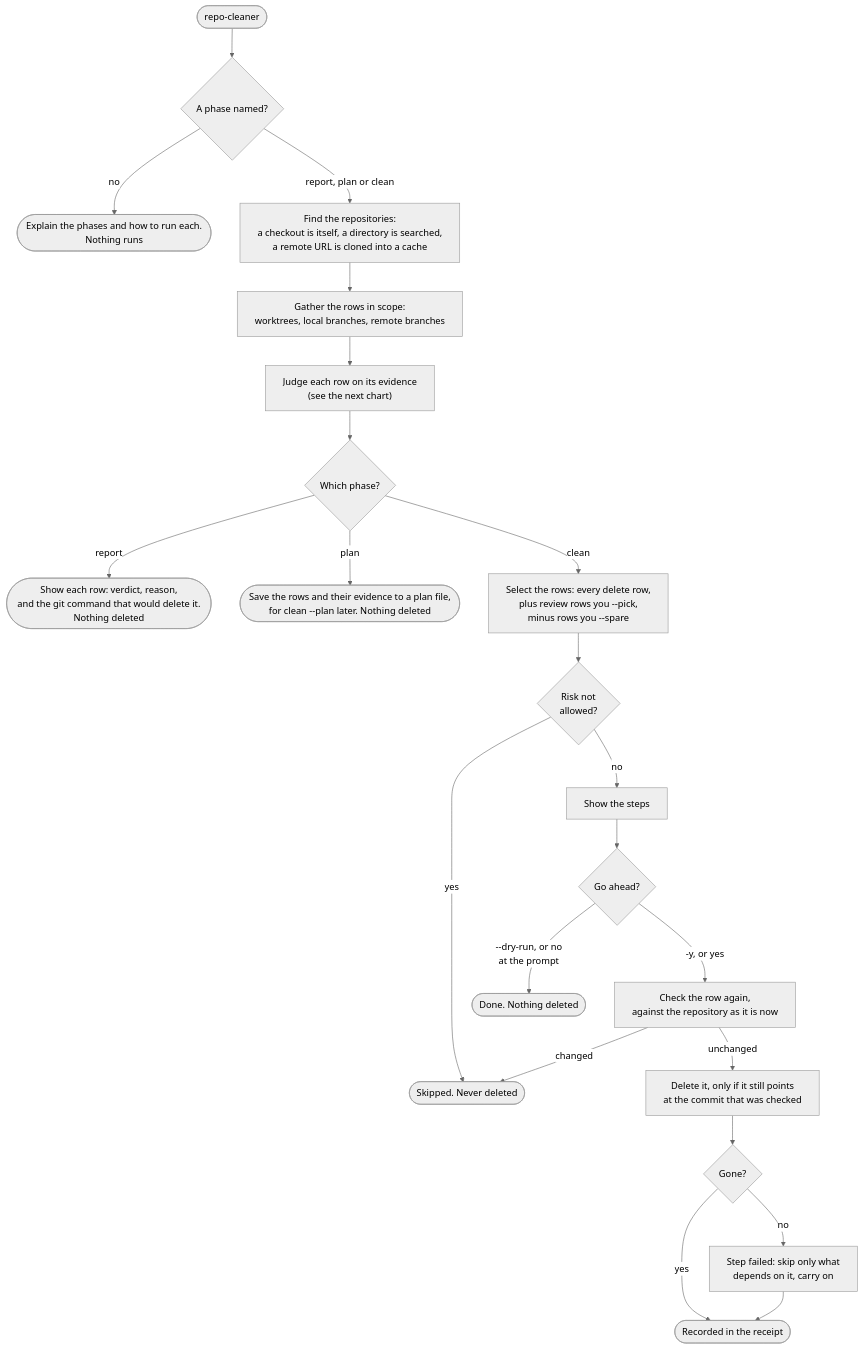
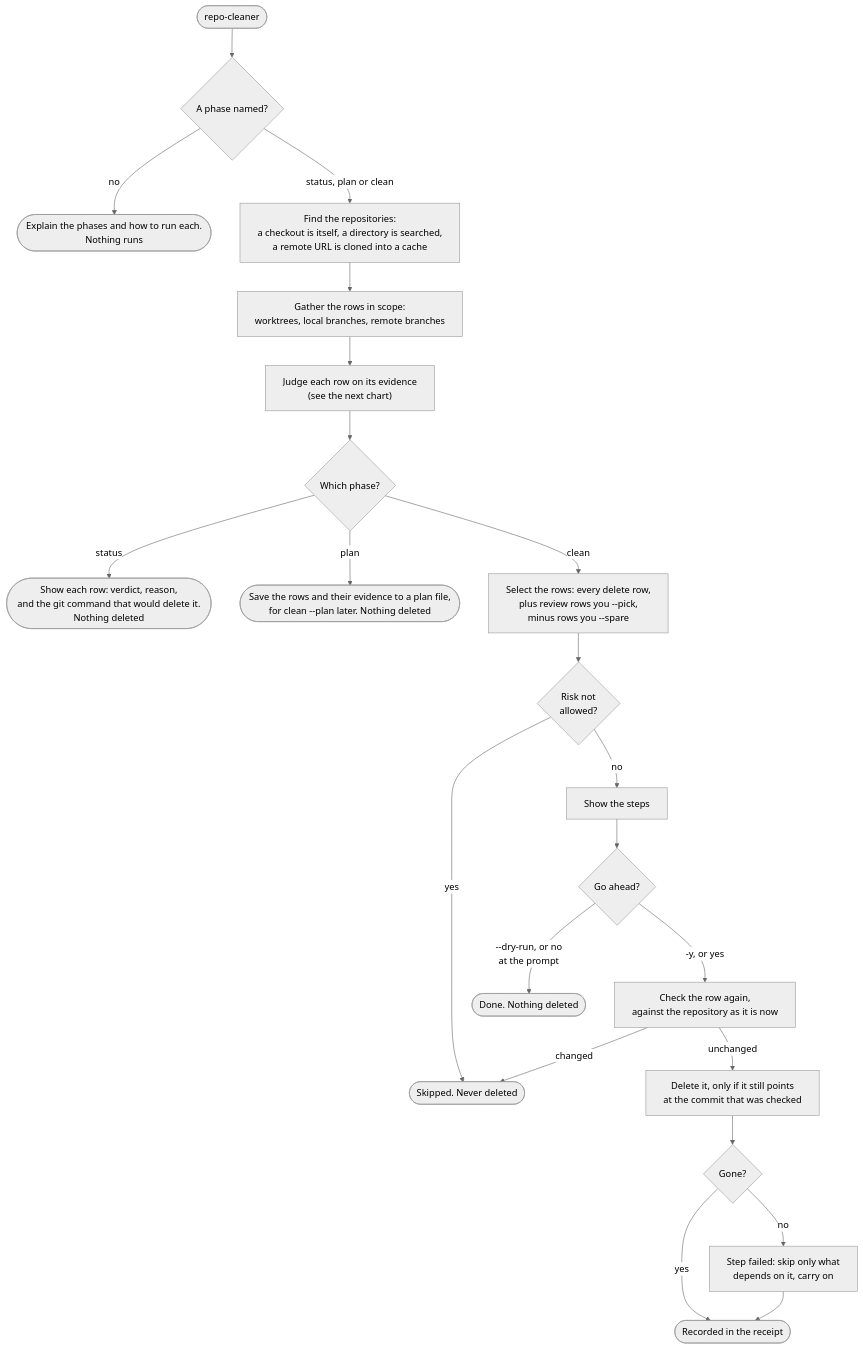
Before and after one commit to osdlc/osdlc: the first of 2 diagrams in packages/ts/repo-cleaner/docs/planning/decisions/D-4CE9-the-cli-by-use-case.md, drawn with Mermaid (neutral theme). The commit also changed other lines of this file, not shown here.

First line of the commit message:
repo-cleaner planning: D-4CE9 with status, chosen remotes and -i

````diff
--- a/packages/ts/repo-cleaner/docs/planning/decisions/D-4CE9-the-cli-by-use-case.md
+++ b/packages/ts/repo-cleaner/docs/planning/decisions/D-4CE9-the-cli-by-use-case.md
@@ -49,25 +53,25 @@
 ```mermaid
 %%{init: {"flowchart": {"wrappingWidth": 420}}}%%
 flowchart TD
     start(["repo-cleaner"]) --> named{"A phase named?"}
     named -->|"no"| intro(["Explain the phases and how to run each.<br/>Nothing runs"])
-    named -->|"report, plan or clean"| find["Find the repositories:<br/>a checkout is itself, a directory is searched,<br/>a remote URL is cloned into a cache"]
+    named -->|"status, plan or clean"| find["Find the repositories:<br/>a checkout is itself, a directory is searched,<br/>a remote URL is cloned into a cache"]
     find --> rows["Gather the rows in scope:<br/>worktrees, local branches, remote branches"]
     rows --> judge["Judge each row on its evidence<br/>(see the next chart)"]
     judge --> phase{"Which phase?"}
-    phase -->|"report"| report(["Show each row: verdict, reason,<br/>and the git command that would delete it.<br/>Nothing deleted"])
+    phase -->|"status"| report(["Show each row: verdict, reason,<br/>and the git command that would delete it.<br/>Nothing deleted"])
     phase -->|"plan"| plan(["Save the rows and their evidence to a plan file,<br/>for clean --plan later. Nothing deleted"])
     phase -->|"clean"| select["Select the rows: every delete row,<br/>plus review rows you --pick,<br/>minus rows you --spare"]
     select --> risk{"Risk not<br/>allowed?"}
     risk -->|"yes"| skip(["Skipped. Never deleted"])
     risk -->|"no"| show["Show the steps"]
     show --> confirm{"Go ahead?"}
     confirm -->|"--dry-run, or no<br/>at the prompt"| done(["Done. Nothing deleted"])
     confirm -->|"-y, or yes"| recheck["Check the row again,<br/>against the repository as it is now"]
     recheck -->|"changed"| skip
     recheck -->|"unchanged"| act["Delete it, only if it still points<br/>at the commit that was checked"]
     act --> verify{"Gone?"}
     verify -->|"yes"| receipt(["Recorded in the receipt"])
     verify -->|"no"| failed["Step failed: skip only what<br/>depends on it, carry on"]
     failed --> receipt
 ```
````
